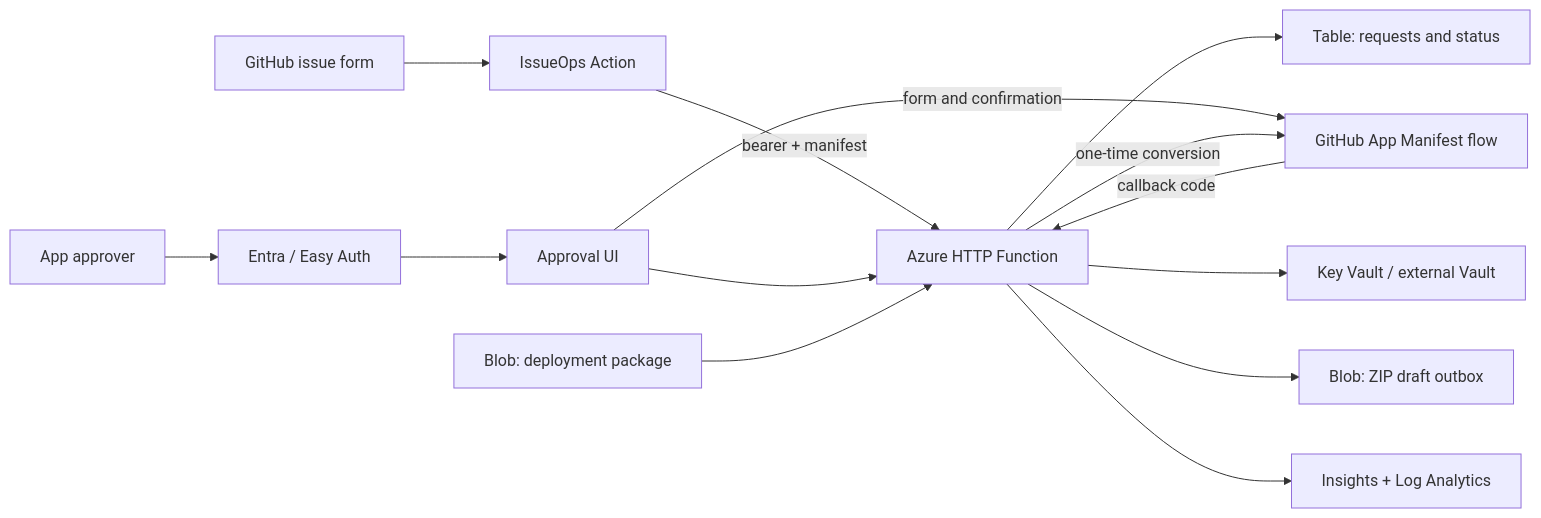
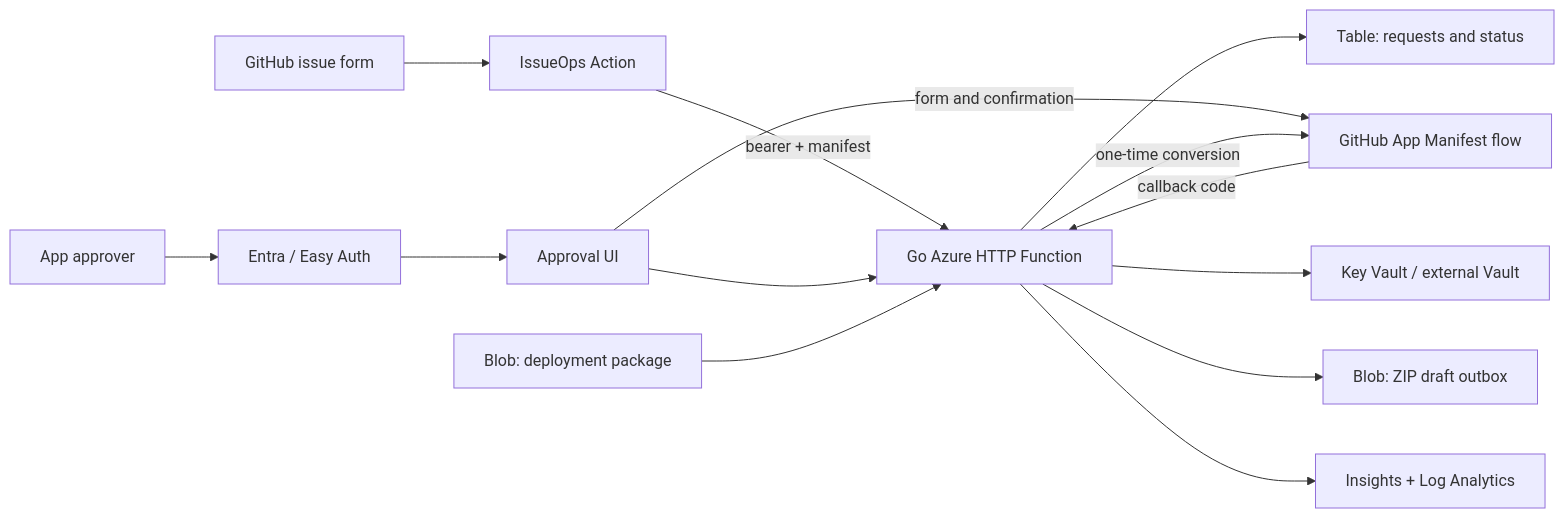
The diagram in README.md (BK3820/octocraft), drawn with Mermaid before and after one commit. The commit also changed other lines of this file and 50 other files, not shown here.

First line of the commit message:
Go container runtime, Helm chart (PVC + Key Vault), manual deploy and automatic releases (#5)

````diff
--- a/README.md
+++ b/README.md
@@ -13,16 +13,16 @@
 ```mermaid
 flowchart LR
   Issue[GitHub issue form] --> Action[IssueOps Action]
-  Action -->|bearer + manifest| App[Azure HTTP Function]
+  Action -->|bearer + manifest| App[Go Azure HTTP Function]
   Person[App approver] --> Entra[Entra / Easy Auth]
   Entra --> UI[Approval UI]
   UI --> App
   App --> Table[Table: requests and status]
   UI -->|form and confirmation| GitHub[GitHub App Manifest flow]
   GitHub -->|callback code| App
   App -->|one-time conversion| GitHub
   App --> Vault[Key Vault / external Vault]
   App --> Blob[Blob: ZIP draft outbox]
   Packages[Blob: deployment package] --> App
   App --> Monitoring[Insights + Log Analytics]
 ```
````
